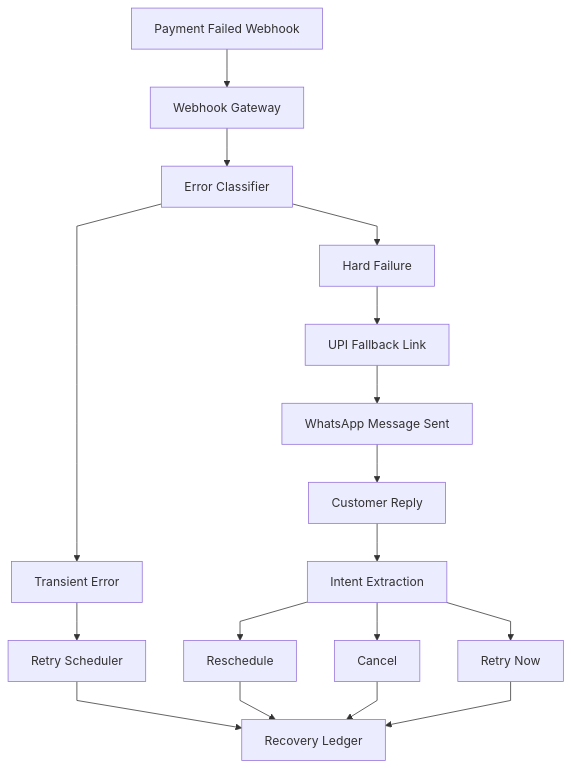
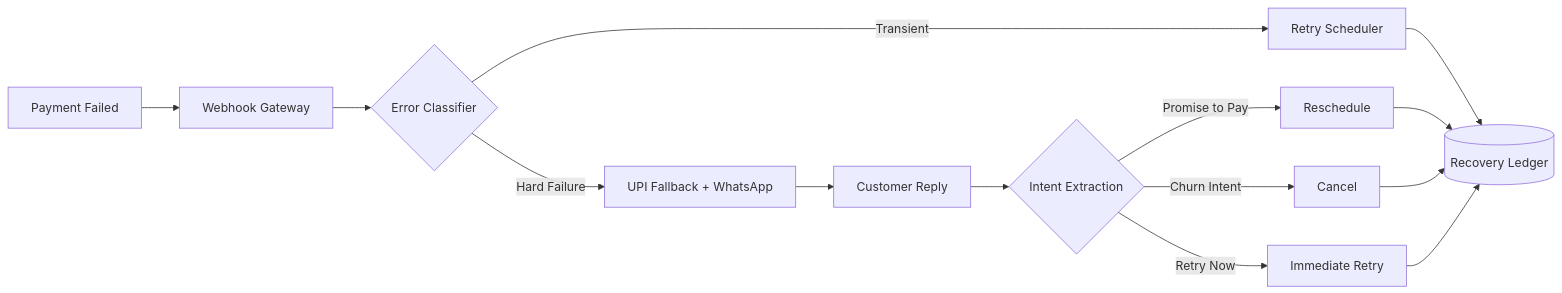
One commit to JagruthiKorlapati/razorrescue changed the diagram in README.md. Above: the diagram before and after it, drawn with Mermaid.

Commit message:
Restructure Mermaid diagram using left-right layout

````diff
--- a/README.md
+++ b/README.md
@@ -21,20 +21,16 @@
 ```mermaid
-%%{init: {'flowchart': {'curve': 'linear'}}}%%
-flowchart TD
-    A[Payment Failed Webhook] --> B[Webhook Gateway]
-    B --> C[Error Classifier]
-    C --> D[Transient Error]
-    C --> E[Hard Failure]
-    D --> F[Retry Scheduler]
-    E --> G[UPI Fallback Link]
-    G --> H[WhatsApp Message Sent]
-    H --> I[Customer Reply]
-    I --> J[Intent Extraction]
-    J --> K[Reschedule]
-    J --> L[Cancel]
-    J --> M[Retry Now]
-    F --> N[Recovery Ledger]
-    K --> N
-    L --> N
-    M --> N
+flowchart LR
+    A[Payment Failed] --> B[Webhook Gateway]
+    B --> C{Error Classifier}
+    C -->|Transient| D[Retry Scheduler]
+    C -->|Hard Failure| E[UPI Fallback + WhatsApp]
+    E --> F[Customer Reply]
+    F --> G{Intent Extraction}
+    G -->|Promise to Pay| H[Reschedule]
+    G -->|Churn Intent| I[Cancel]
+    G -->|Retry Now| J[Immediate Retry]
+    D --> K[(Recovery Ledger)]
+    H --> K
+    I --> K
+    J --> K
 ```
````
